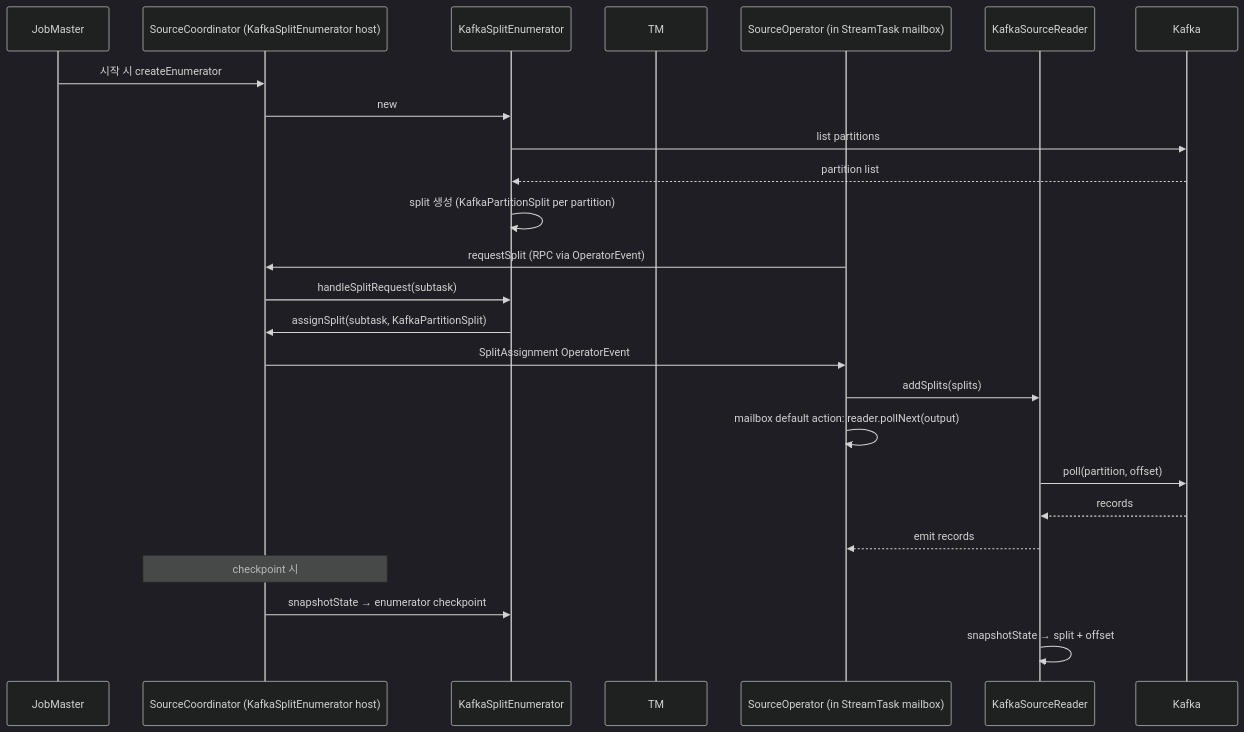
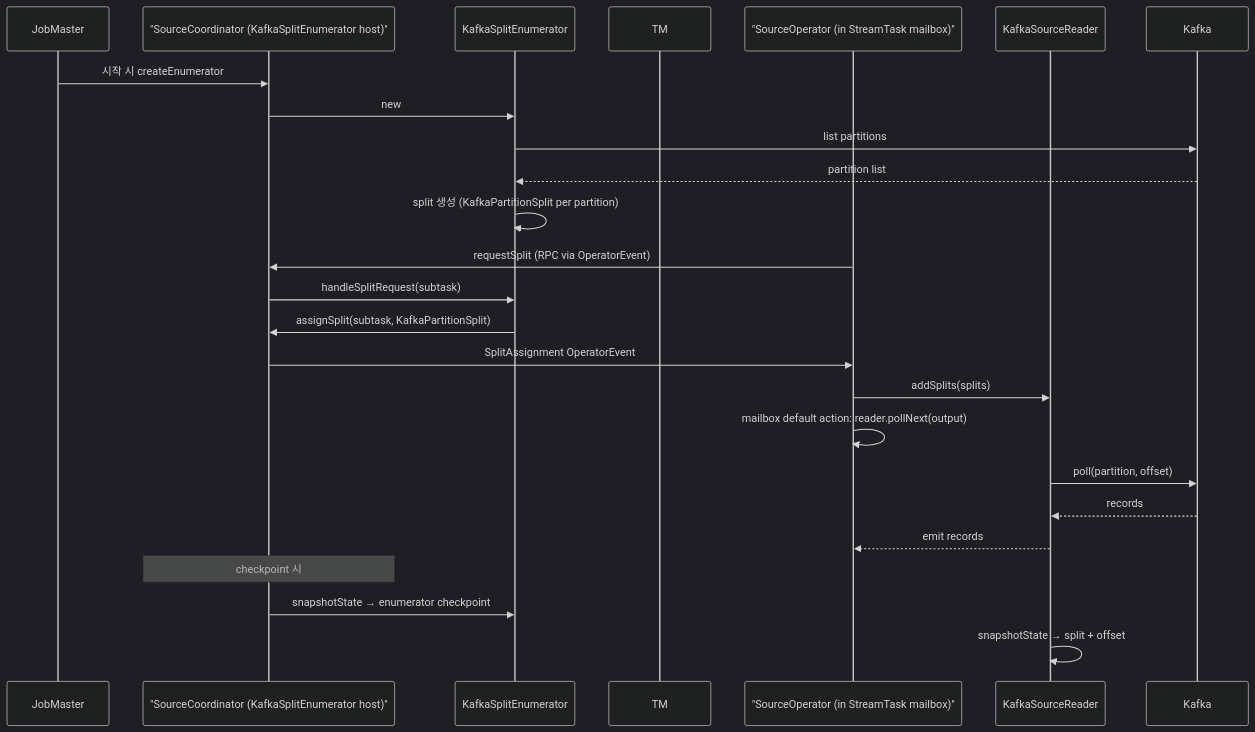
One commit to pinwheel-m83/flink changed the diagram in dkdocs/06-source-sink-spi/01-source-v2-overview.md. Above: the diagram before and after it, drawn with Mermaid (dark theme). The commit also changed 9 other files, not shown here.

First line of the commit message:
dkdocs: fix mermaid sequenceDiagram syntax — quote participant alias + escape <Type>

````diff
--- a/dkdocs/06-source-sink-spi/01-source-v2-overview.md
+++ b/dkdocs/06-source-sink-spi/01-source-v2-overview.md
@@ -74,31 +74,31 @@
 ```mermaid
 sequenceDiagram
     participant JM as JobMaster
-    participant Coord as SourceCoordinator (KafkaSplitEnumerator host)
+    participant Coord as "SourceCoordinator (KafkaSplitEnumerator host)"
     participant Enum as KafkaSplitEnumerator
     participant TM as TM
-    participant Op as SourceOperator (in StreamTask mailbox)
+    participant Op as "SourceOperator (in StreamTask mailbox)"
     participant Reader as KafkaSourceReader
     participant Kafka as Kafka
 
     JM->>Coord: 시작 시 createEnumerator
     Coord->>Enum: new
     Enum->>Kafka: list partitions
     Kafka-->>Enum: partition list
     Enum->>Enum: split 생성 (KafkaPartitionSplit per partition)
     
     Op->>Coord: requestSplit (RPC via OperatorEvent)
     Coord->>Enum: handleSplitRequest(subtask)
     Enum->>Coord: assignSplit(subtask, KafkaPartitionSplit)
     Coord->>Op: SplitAssignment OperatorEvent
     Op->>Reader: addSplits(splits)
     
     Op->>Op: mailbox default action: reader.pollNext(output)
     Reader->>Kafka: poll(partition, offset)
     Kafka-->>Reader: records
     Reader-->>Op: emit records
     
     Note over Coord: checkpoint 시
     Coord->>Enum: snapshotState → enumerator checkpoint
     Reader->>Reader: snapshotState → split + offset
 ```
````
